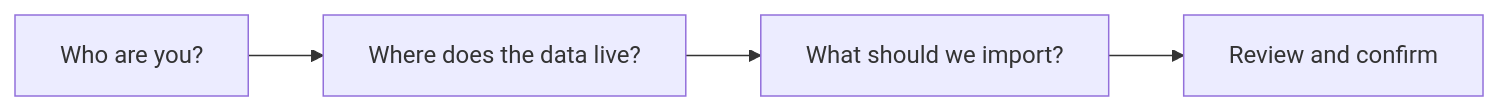
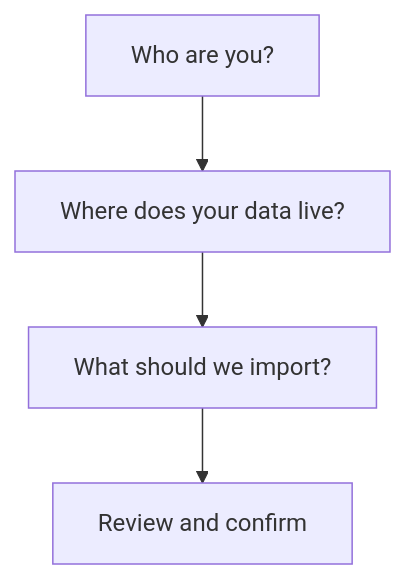
The second of 11 diagrams in src/content/blog/2026-09-23-implementing-wizards-the-right-way.mdx (yoosuf/yoosuf.github.io), drawn with Mermaid before and after one commit. The commit also changed other lines of this file and 5 other files, not shown here.

First line of the commit message:
fix: render every Mermaid diagram vertically

````diff
--- a/src/content/blog/2026-09-23-implementing-wizards-the-right-way.mdx
+++ b/src/content/blog/2026-09-23-implementing-wizards-the-right-way.mdx
@@ -58,6 +58,6 @@
 ```mermaid
-flowchart LR
-    A["Who are you?"] --> B["Where does the data live?"]
+flowchart TD
+    A["Who are you?"] --> B["Where does your data live?"]
     B --> C["What should we import?"]
     C --> D["Review and confirm"]
 ```
````
